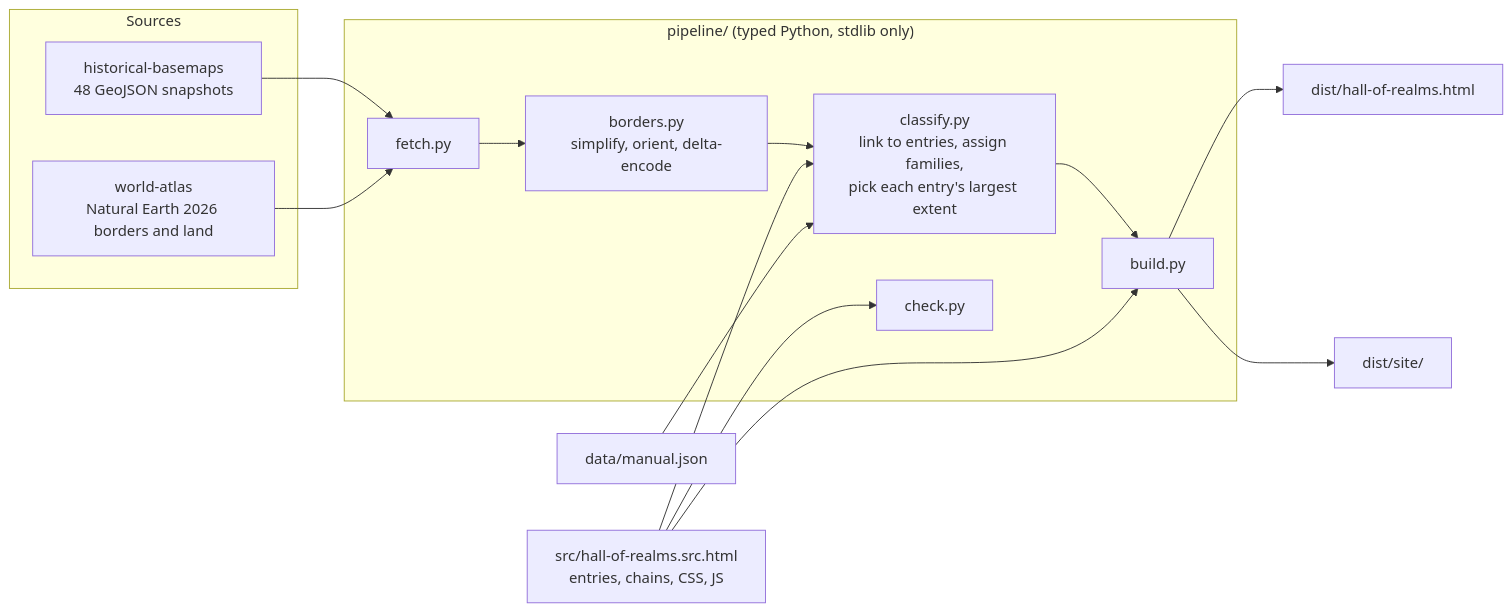
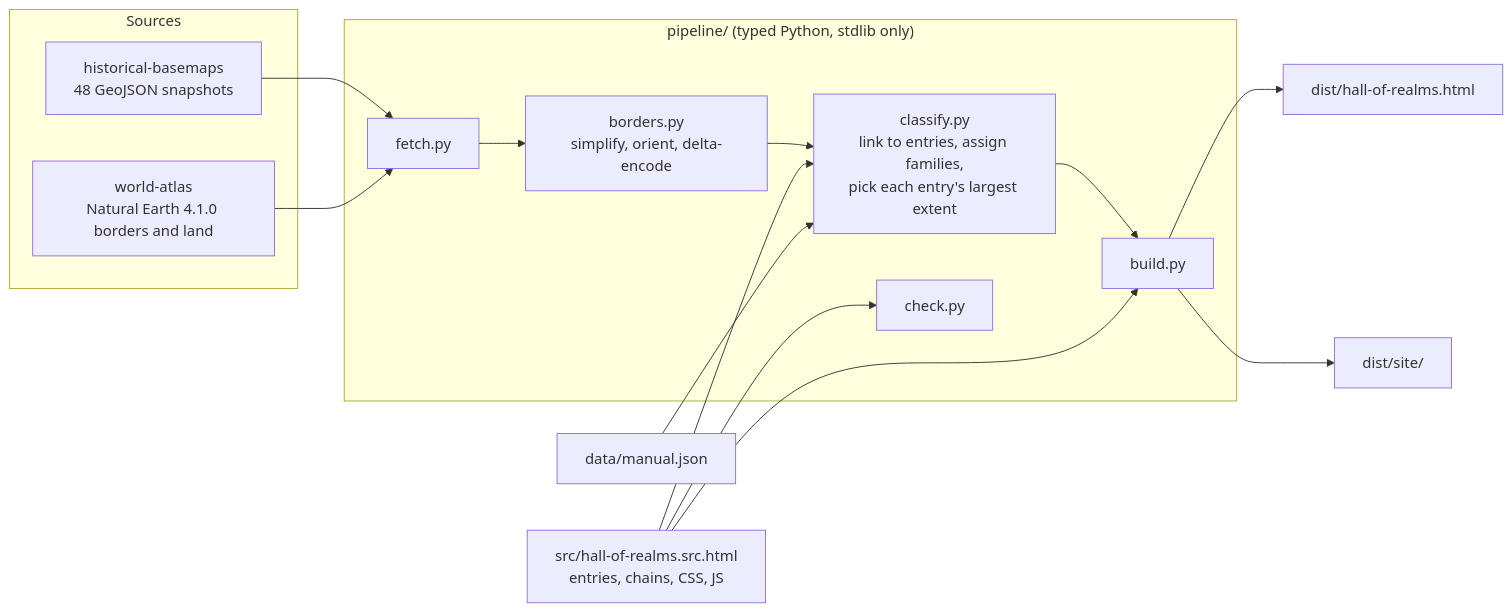
One commit to briwilcox/hall-of-realms changed the diagram in README.md. Above: the diagram before and after it, drawn with Mermaid. The commit also changed other lines of this file and 2 other files, not shown here.

First line of the commit message:
Correct data provenance, Natural Earth version and font credits

````diff
--- a/README.md
+++ b/README.md
@@ -70,23 +70,23 @@
 ```mermaid
 flowchart LR
   subgraph Sources
     HB["historical-basemaps<br/>48 GeoJSON snapshots"]
-    WA["world-atlas<br/>Natural Earth 2026 borders and land"]
+    WA["world-atlas<br/>Natural Earth 4.1.0 borders and land"]
   end
   subgraph Pipeline["pipeline/ (typed Python, stdlib only)"]
     F[fetch.py] --> B["borders.py<br/>simplify, orient, delta-encode"]
     B --> C["classify.py<br/>link to entries, assign families,<br/>pick each entry's largest extent"]
     K[check.py]
     C --> BU[build.py]
   end
   SRC["src/hall-of-realms.src.html<br/>entries, chains, CSS, JS"]
   MAN[data/manual.json]
   HB --> F
   WA --> F
   SRC --> C
   SRC --> K
   MAN --> C
   SRC --> BU
   BU --> ONE["dist/hall-of-realms.html"]
   BU --> SITE["dist/site/"]
 ```
````
